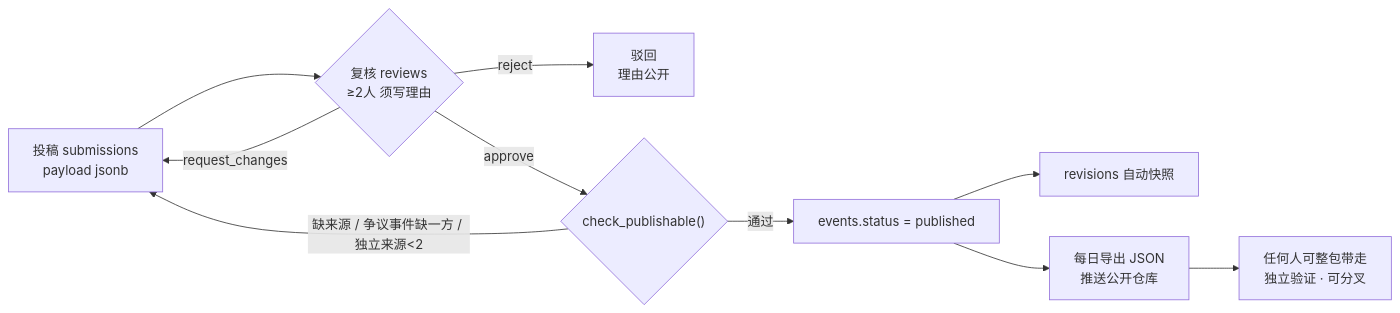
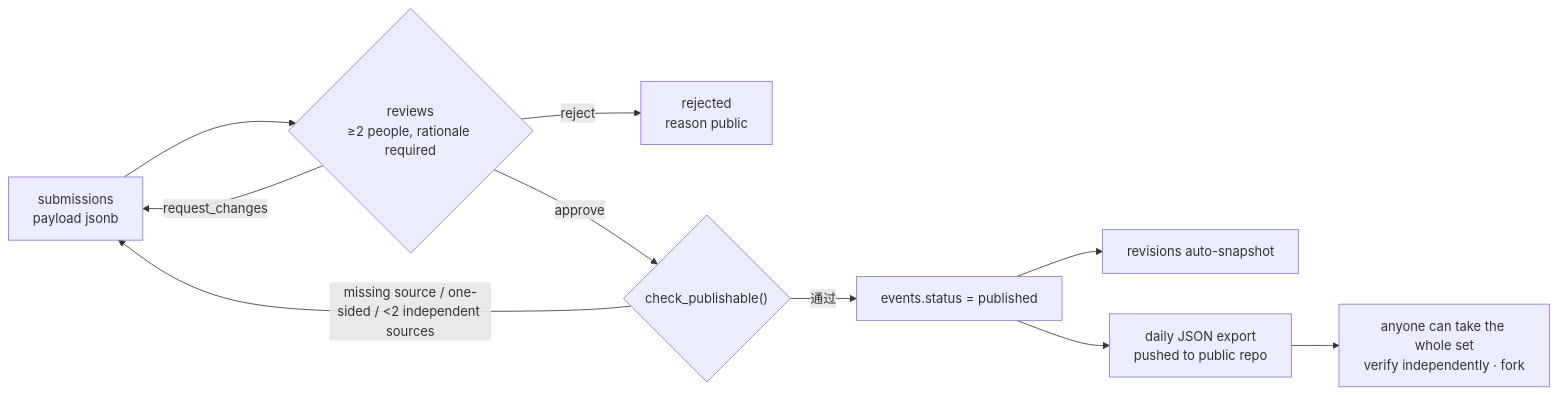
The third of 3 diagrams in docs/erd.md (qh247/faham), drawn with Mermaid before and after one commit. The commit also changed other lines of this file and 8 other files, not shown here.

````diff
--- a/docs/erd.md
+++ b/docs/erd.md
@@ -266,12 +268,12 @@
 ```mermaid
 flowchart LR
-    A["投稿 submissions<br/>payload jsonb"] --> B{"复核 reviews<br/>≥2人 须写理由"}
+    A["submissions<br/>payload jsonb"] --> B{"reviews<br/>≥2 people, rationale required"}
     B -->|request_changes| A
-    B -->|reject| R["驳回<br/>理由公开"]
+    B -->|reject| R["rejected<br/>reason public"]
     B -->|approve| C{"check_publishable()"}
-    C -->|"缺来源 / 争议事件缺一方 / 独立来源&lt;2"| A
+    C -->|"missing source / one-sided / &lt;2 independent sources"| A
     C -->|通过| D["events.status = published"]
-    D --> E["revisions 自动快照"]
-    D --> F["每日导出 JSON<br/>推送公开仓库"]
-    F --> G["任何人可整包带走<br/>独立验证 · 可分叉"]
+    D --> E["revisions auto-snapshot"]
+    D --> F["daily JSON export<br/>pushed to public repo"]
+    F --> G["anyone can take the whole set<br/>verify independently · fork"]
 ```
````
